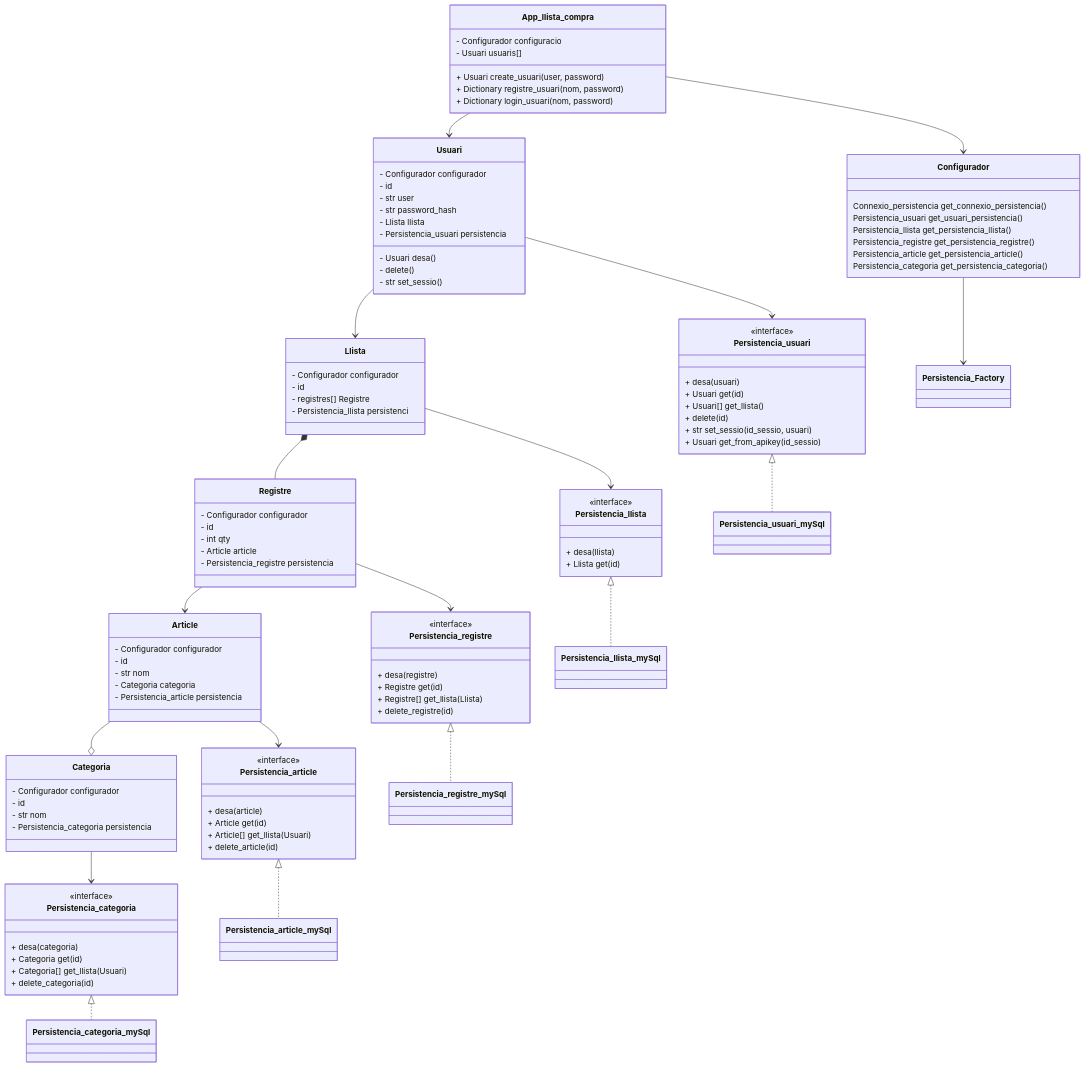
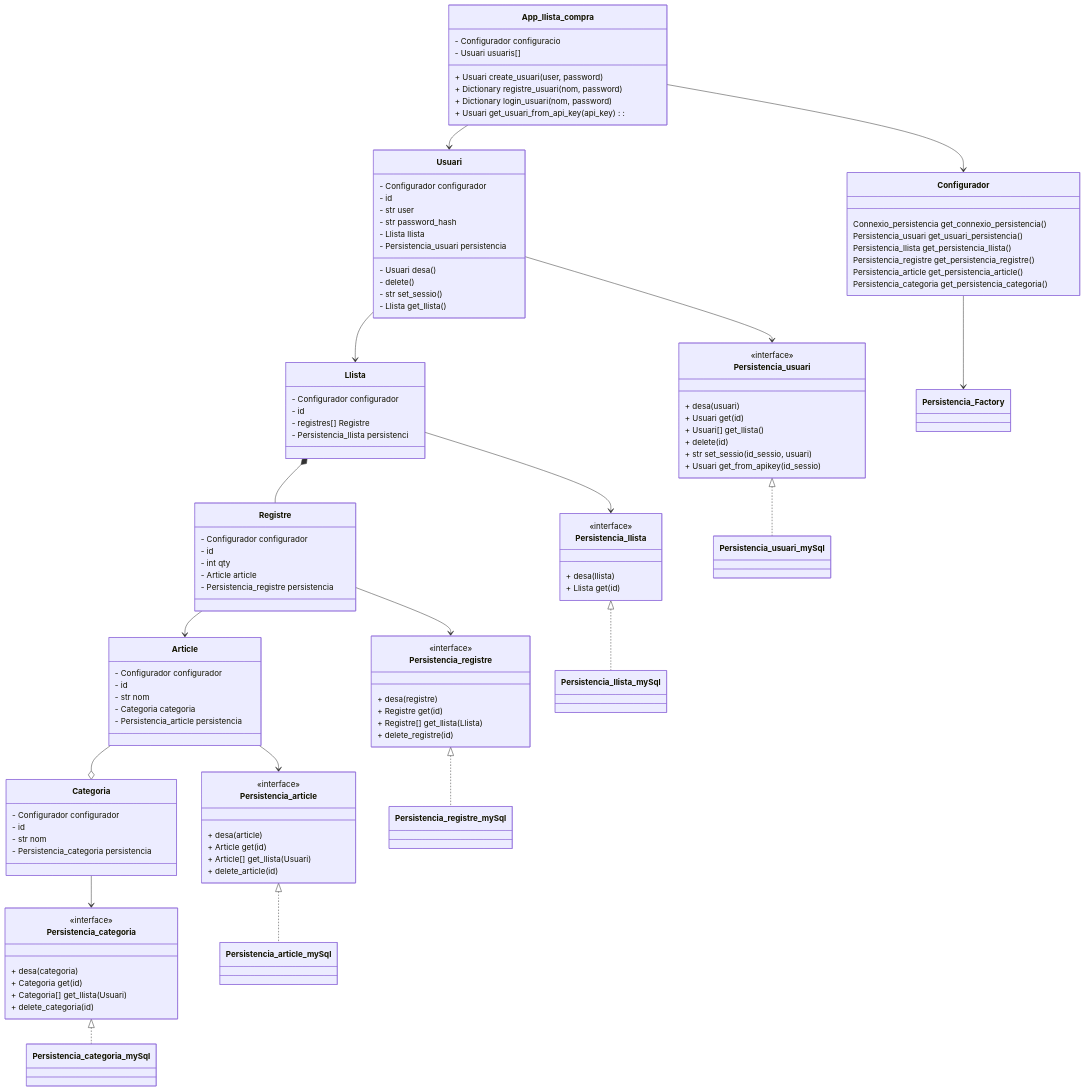
Before and after one commit to xaviQuesadaJDA/Public_llista_compra_m06: the diagram in enunciat.md, drawn with Mermaid. The commit also changed 6 other files, not shown here.

```diff
--- a/enunciat.md
+++ b/enunciat.md
@@ -50,6 +50,7 @@
         + Usuari create_usuari(user, password)
         + Dictionary registre_usuari(nom, password)
         + Dictionary login_usuari(nom, password)
+        + Usuari get_usuari_from_api_key(api_key):
     }
 
     class Configurador{
@@ -71,6 +72,7 @@
         - Usuari desa()
         - delete()
         - str set_sessio()
+        - Llista get_llista()
     }
 
     class Llista{
```
